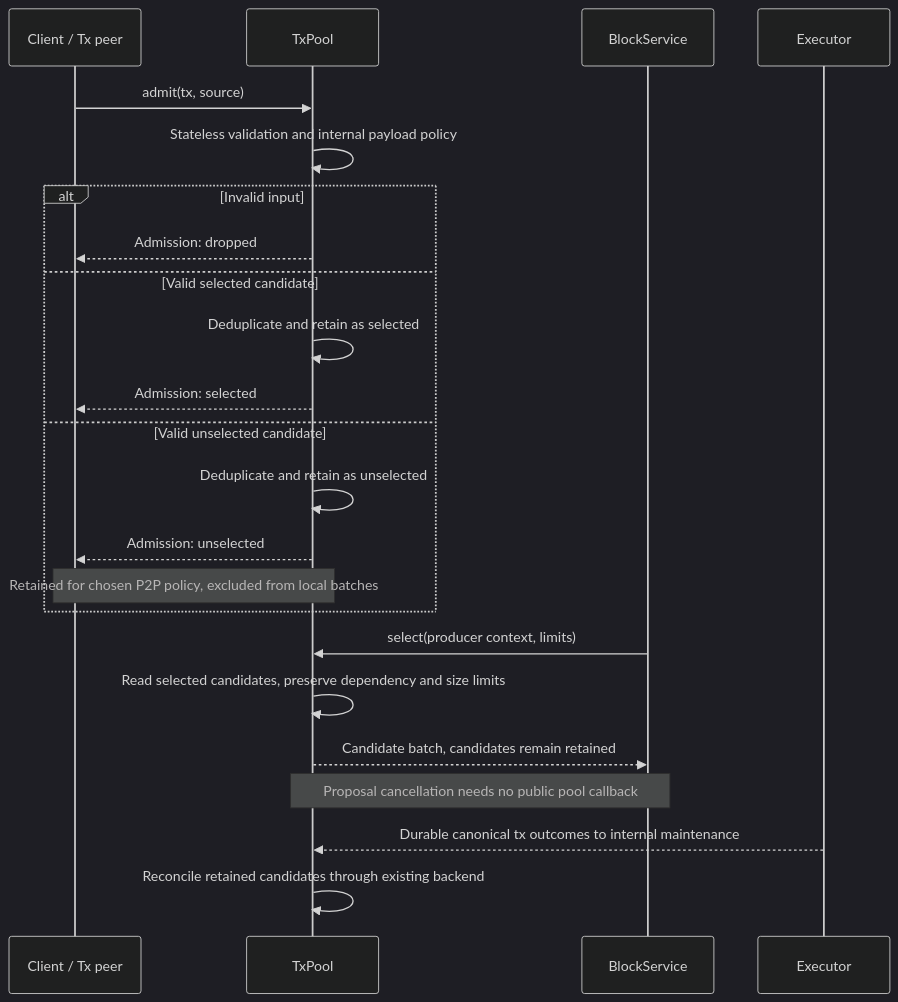
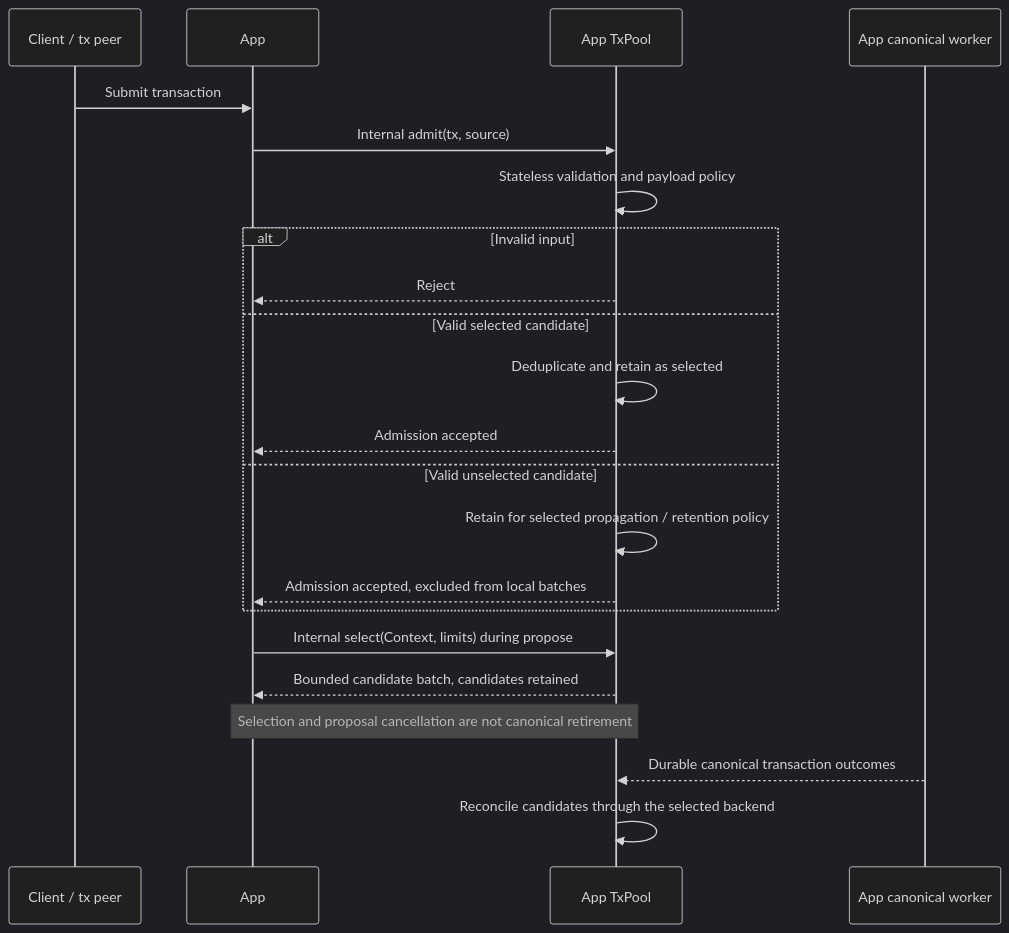
One commit to djm07073/baton-research changed the second of 2 diagrams in docs/e2e/normal.md. Above: the diagram before and after it, drawn with Mermaid (dark theme). The commit also changed other lines of this file and 292 other files, not shown here.

````diff
--- a/docs/e2e/normal.md
+++ b/docs/e2e/normal.md
@@ -47,25 +57,24 @@
 ```mermaid
 sequenceDiagram
-    participant C as Client / Tx peer
-    participant P as TxPool
-    participant B as BlockService
-    participant E as Executor
-    C->>P: admit(tx, source)
-    P->>P: Stateless validation and internal payload policy
+    participant C as Client / tx peer
+    participant A as App
+    participant P as App TxPool
+    participant W as App canonical worker
+    C->>A: Submit transaction
+    A->>P: Internal admit(tx, source)
+    P->>P: Stateless validation and payload policy
     alt Invalid input
-        P-->>C: Admission: dropped
+        P-->>A: Reject
     else Valid selected candidate
         P->>P: Deduplicate and retain as selected
-        P-->>C: Admission: selected
+        P-->>A: Admission accepted
     else Valid unselected candidate
-        P->>P: Deduplicate and retain as unselected
-        P-->>C: Admission: unselected
-        Note over C,P: Retained for chosen P2P policy, excluded from local batches
+        P->>P: Retain for selected propagation / retention policy
+        P-->>A: Admission accepted, excluded from local batches
     end
-    B->>P: select(producer context, limits)
-    P->>P: Read selected candidates, preserve dependency and size limits
-    P-->>B: Candidate batch, candidates remain retained
-    Note over P,B: Proposal cancellation needs no public pool callback
-    E-->>P: Durable canonical tx outcomes to internal maintenance
-    P->>P: Reconcile retained candidates through existing backend
+    A->>P: Internal select(Context, limits) during propose
+    P-->>A: Bounded candidate batch, candidates retained
+    Note over A,P: Selection and proposal cancellation are not canonical retirement
+    W-->>P: Durable canonical transaction outcomes
+    P->>P: Reconcile candidates through the selected backend
 ```
````
